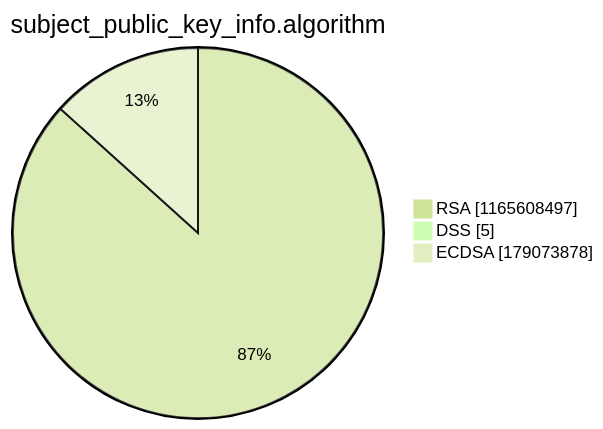
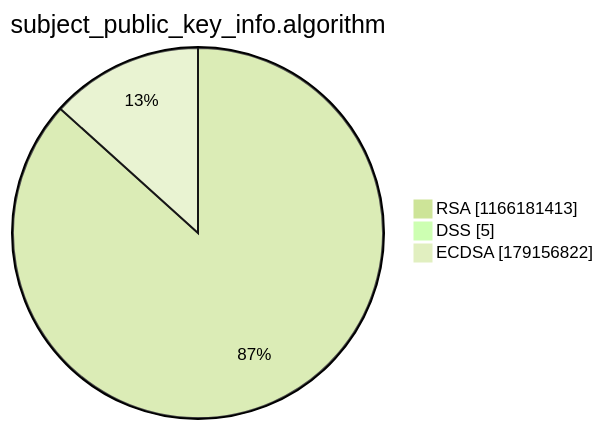
One commit to christiankrug/ctmonitor_visualization changed the third of 15 diagrams in argon2022/README.md. Above: the diagram before and after it, drawn with Mermaid (forest theme). The commit also changed other lines of this file, not shown here.

````diff
--- a/argon2022/README.md
+++ b/argon2022/README.md
@@ -14,7 +14,7 @@
 ```mermaid
 pie showData
 title subject_public_key_info.algorithm
-"RSA" :1165608497
+"RSA" :1166181413
 "DSS" :5
-"ECDSA" :179073878
+"ECDSA" :179156822
 ```
````
